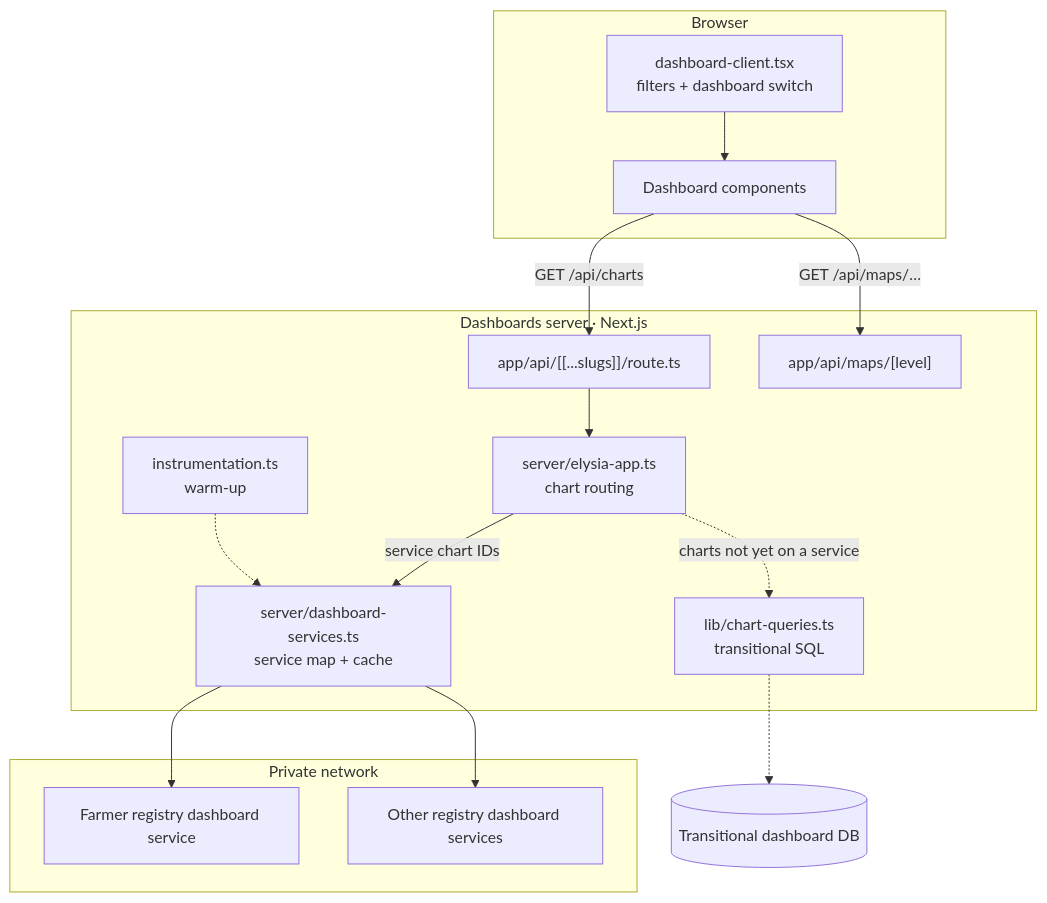
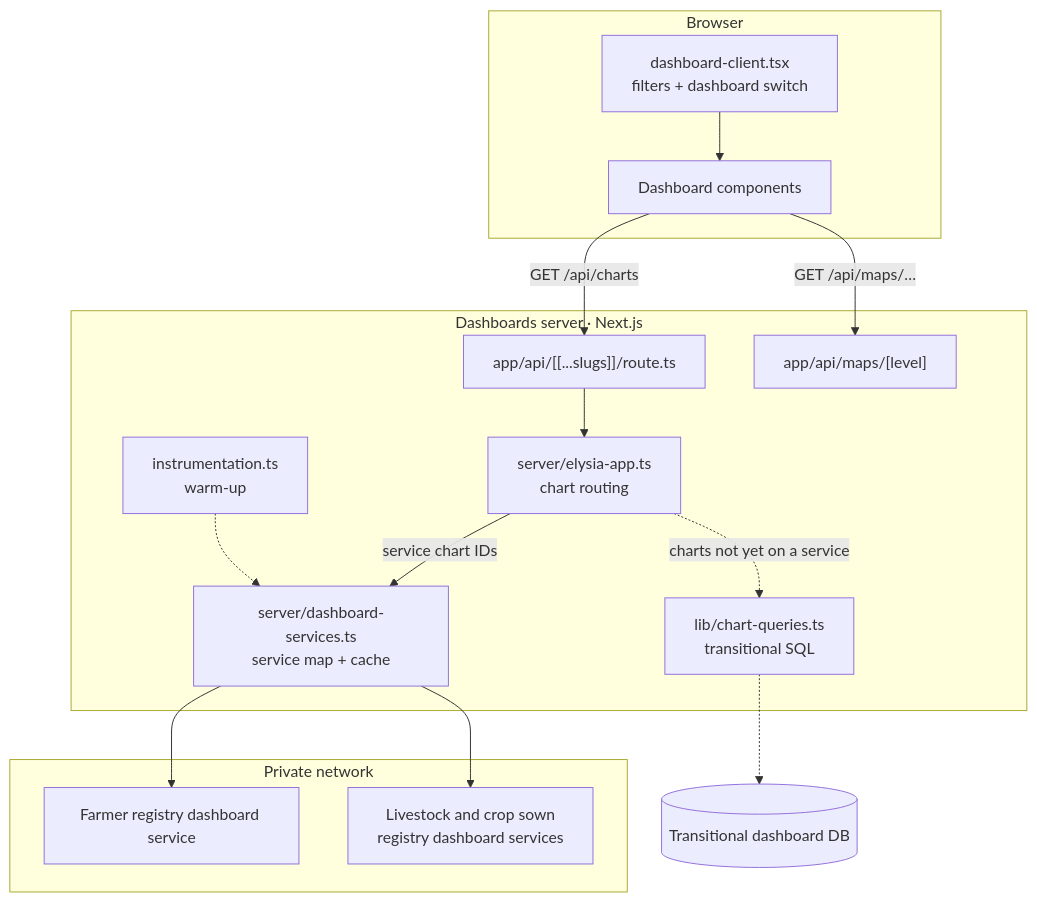
One commit to Centre-for-Open-Societal-Systems/oan_dashboards changed the diagram in docs/architecture.md. Above: the diagram before and after it, drawn with Mermaid. The commit also changed other lines of this file and 17 other files, not shown here.

First line of the commit message:
feat(registry): serve the livestock and crop sown views from their dashboard services

````diff
--- a/docs/architecture.md
+++ b/docs/architecture.md
@@ -20,32 +20,32 @@
 ```mermaid
 flowchart TB
     subgraph Browser
         Page[dashboard-client.tsx<br/>filters + dashboard switch]
         Dash[Dashboard components]
     end
 
     subgraph Dashboards[Dashboards server · Next.js]
         Route["app/api/[[...slugs]]/route.ts"]
         Elysia[server/elysia-app.ts<br/>chart routing]
         Svc[server/dashboard-services.ts<br/>service map + cache]
         Inst[instrumentation.ts<br/>warm-up]
         Maps["app/api/maps/[level]"]
         Legacy[lib/chart-queries.ts<br/>transitional SQL]
     end
 
     subgraph Private network
         FRS[Farmer registry dashboard service]
-        NS[Other registry dashboard services]
+        NS[Livestock and crop sown<br/>registry dashboard services]
     end
 
     TDB[(Transitional dashboard DB)]
 
     Page --> Dash
     Dash -->|GET /api/charts| Route --> Elysia
     Dash -->|GET /api/maps/…| Maps
     Elysia -->|service chart IDs| Svc
     Inst -.-> Svc
     Svc --> FRS
     Svc --> NS
     Elysia -.->|charts not yet on a service| Legacy -.-> TDB
 ```
````
